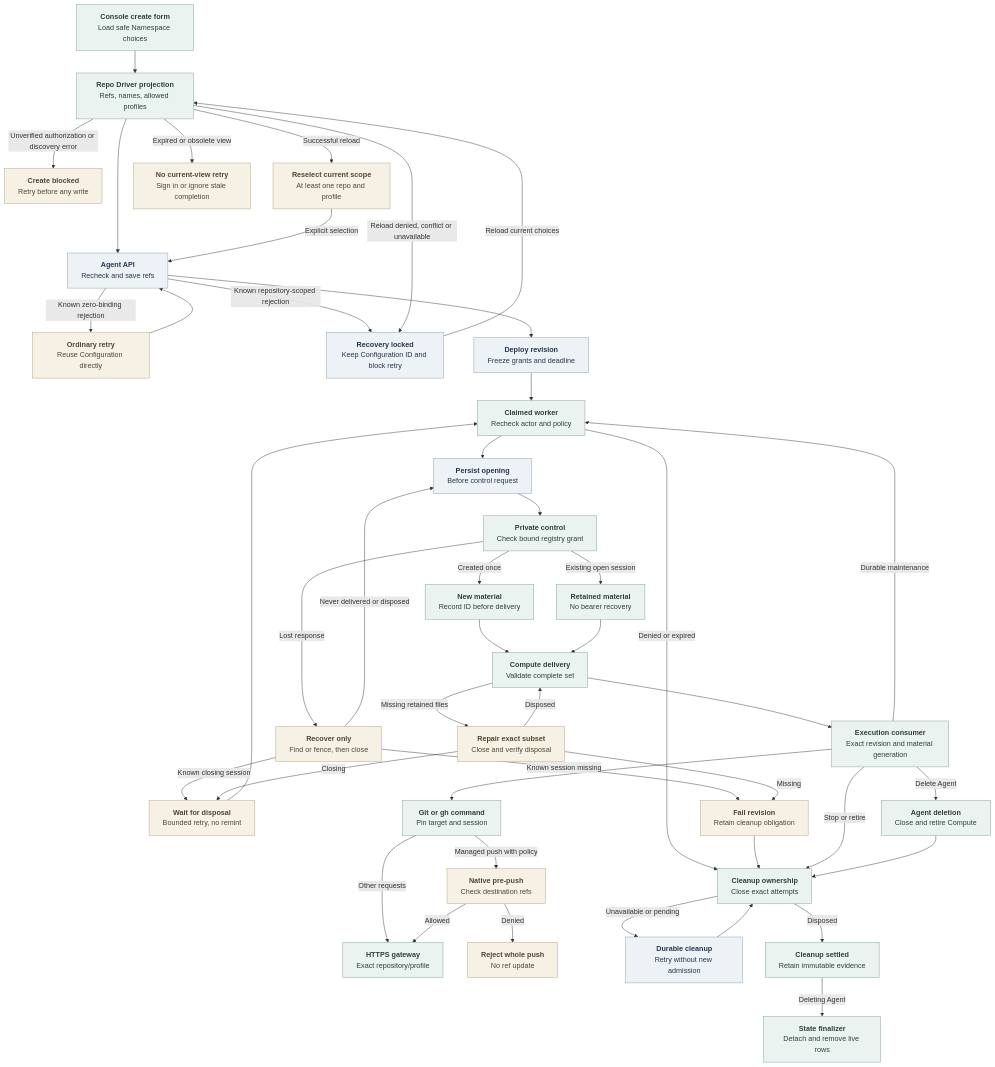
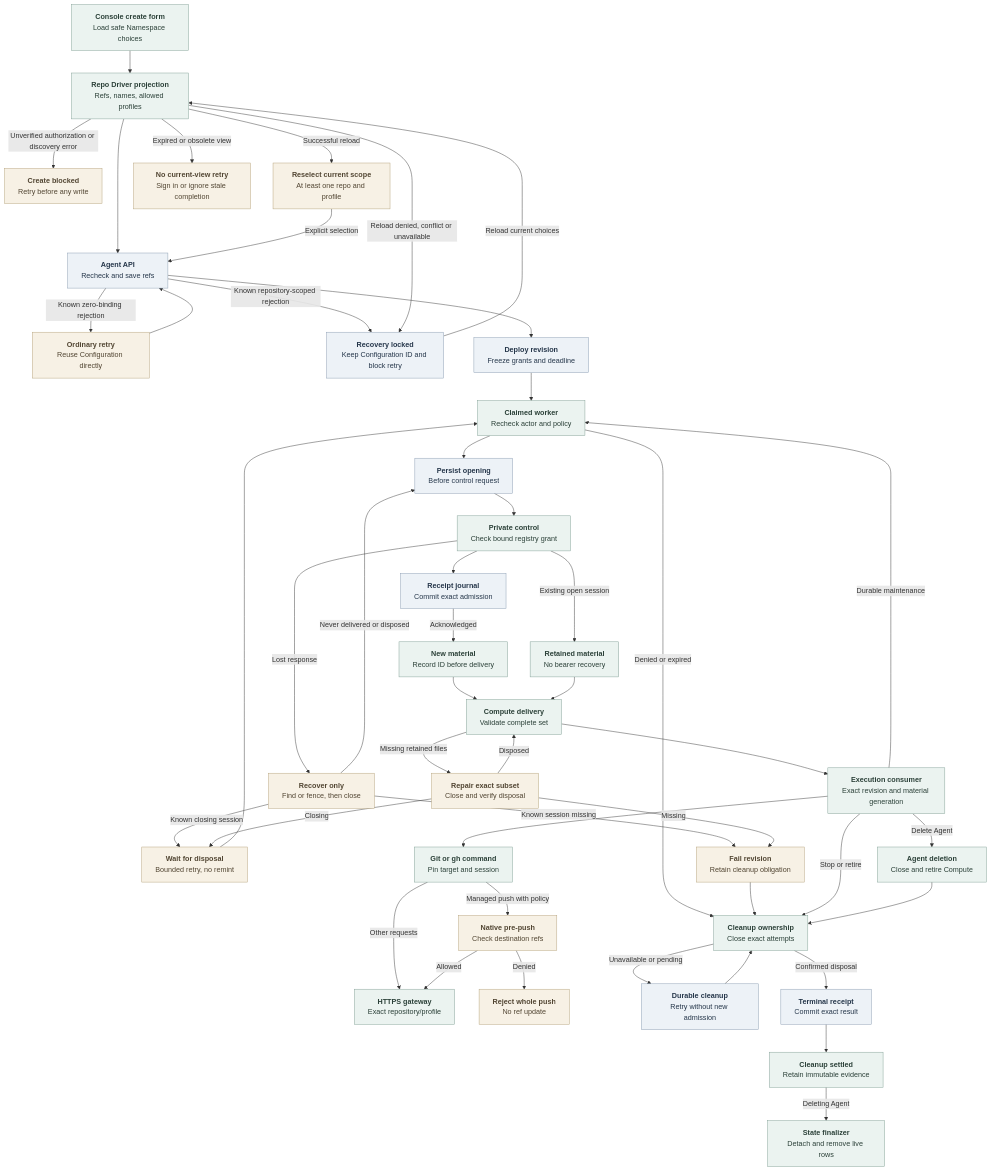
One commit to IsaiahStapleton/openclaw-enterprise changed the diagram in docs/flows/agent-repository-credentials.md. Above: the diagram before and after it, drawn with Mermaid. The commit also changed other lines of this file and 56 other files, not shown here.

Commit message:
Recover confirmed repository credential disposal

````diff
--- a/docs/flows/agent-repository-credentials.md
+++ b/docs/flows/agent-repository-credentials.md
@@ -33,54 +33,56 @@
 ```mermaid
 graph TD
   Console["<b>Console create form</b><br/>Load safe Namespace choices"] --> Options["<b>Repo Driver projection</b><br/>Refs, names, allowed profiles"]
   Options --> API["<b>Agent API</b><br/>Recheck and save refs"]
   Options -->|Unverified authorization or discovery error| CreateBlocked["<b>Create blocked</b><br/>Retry before any write"]
   API -->|Known zero-binding rejection| OrdinaryRetry["<b>Ordinary retry</b><br/>Reuse Configuration directly"]
   OrdinaryRetry --> API
   API -->|Known repository-scoped rejection| FormLocked["<b>Recovery locked</b><br/>Keep Configuration ID and block retry"]
   FormLocked -->|Reload current choices| Options
   Options -->|Successful reload| Reselect["<b>Reselect current scope</b><br/>At least one repo and profile"]
   Reselect -->|Explicit selection| API
   Options -->|Reload denied, conflict or unavailable| FormLocked
   Options -->|Expired or obsolete view| ViewStop["<b>No current-view retry</b><br/>Sign in or ignore stale completion"]
   API --> Revision["<b>Deploy revision</b><br/>Freeze grants and deadline"]
   Revision --> Worker["<b>Claimed worker</b><br/>Recheck actor and policy"]
   Worker -->|Denied or expired| Close["<b>Cleanup ownership</b><br/>Close exact attempts"]
   Worker --> Attempt["<b>Persist opening</b><br/>Before control request"]
   Attempt --> Service["<b>Private control</b><br/>Check bound registry grant"]
-  Service -->|Created once| New["<b>New material</b><br/>Record ID before delivery"]
+  Service --> Receipt["<b>Receipt journal</b><br/>Commit exact admission"]
+  Receipt -->|Acknowledged| New["<b>New material</b><br/>Record ID before delivery"]
   Service -->|Existing open session| Retained["<b>Retained material</b><br/>No bearer recovery"]
   Service -->|Lost response| Recover["<b>Recover only</b><br/>Find or fence, then close"]
   Recover -->|Never delivered or disposed| Attempt
   Recover -->|Known closing session| Wait["<b>Wait for disposal</b><br/>Bounded retry, no remint"]
   Wait --> Worker
   Recover -->|Known session missing| Refuse["<b>Fail revision</b><br/>Retain cleanup obligation"]
   New --> Compute["<b>Compute delivery</b><br/>Validate complete set"]
   Retained --> Compute
   Compute -->|Missing retained files| Repair["<b>Repair exact subset</b><br/>Close and verify disposal"]
   Repair -->|Disposed| Compute
   Repair -->|Closing| Wait
   Repair -->|Missing| Refuse
   Refuse --> Close
   Compute --> Pod["<b>Execution consumer</b><br/>Exact revision and material generation"]
   Pod --> Command["<b>Git or gh command</b><br/>Pin target and session"]
   Command -->|Other requests| Gateway["<b>HTTPS gateway</b><br/>Exact repository/profile"]
   Command -->|Managed push with policy| PushRefs["<b>Native pre-push</b><br/>Check destination refs"]
   PushRefs -->|Allowed| Gateway
   PushRefs -->|Denied| PushDenied["<b>Reject whole push</b><br/>No ref update"]
   Pod -->|Durable maintenance| Worker
   Pod -->|Stop or retire| Close
   Close -->|Unavailable or pending| Queue["<b>Durable cleanup</b><br/>Retry without new admission"]
   Queue --> Close
-  Close -->|Disposed| Done["<b>Cleanup settled</b><br/>Retain immutable evidence"]
+  Close -->|Confirmed disposal| Terminal["<b>Terminal receipt</b><br/>Commit exact result"]
+  Terminal --> Done["<b>Cleanup settled</b><br/>Retain immutable evidence"]
   Pod -->|Delete Agent| Delete["<b>Agent deletion</b><br/>Close and retire Compute"]
   Delete --> Close
   Done -->|Deleting Agent| Finalize["<b>State finalizer</b><br/>Detach and remove live rows"]
 
   classDef state fill:#EDF2F7,stroke:#879AB0,color:#25364A,stroke-width:1px
   classDef operation fill:#EBF3F0,stroke:#7F9D93,color:#2B4038,stroke-width:1px
   classDef condition fill:#F7F1E5,stroke:#B3A078,color:#514532,stroke-width:1px
-  class API,Revision,Attempt,Queue,FormLocked state
+  class API,Revision,Attempt,Queue,FormLocked,Receipt,Terminal state
   class Console,Options,Worker,Service,New,Retained,Compute,Pod,Command,Gateway,Close,Done,Delete,Finalize operation
   class Recover,Repair,Refuse,Wait,ViewStop,CreateBlocked,OrdinaryRetry,Reselect,PushRefs,PushDenied condition
 ```
````
